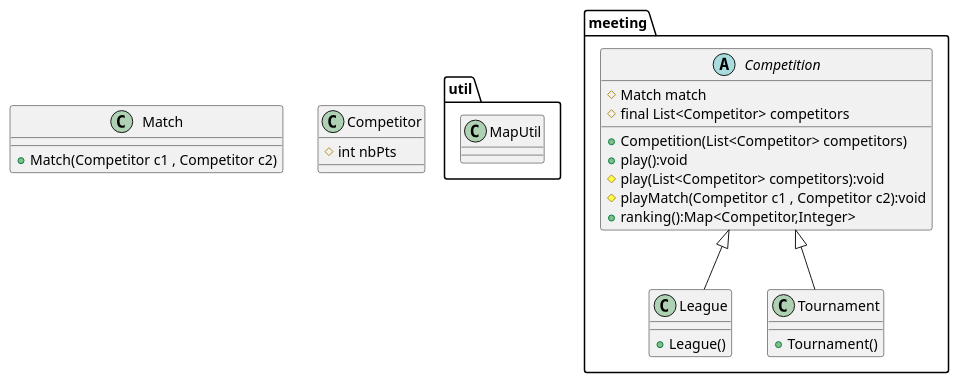
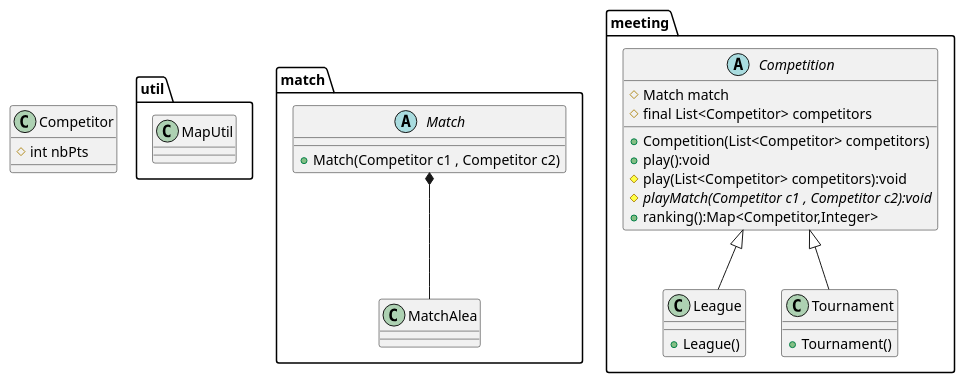
One commit to Rouxhero/GitDuBled changed the diagram in [CodeToUml]/Test.wsd. Above: the diagram before and after it, drawn with PlantUML. The commit also changed 5 other files, not shown here.

```diff
--- a/[CodeToUml]/Test.wsd
+++ b/[CodeToUml]/Test.wsd
@@ -1,44 +1,53 @@
 @startuml
 package util{
 
 class MapUtil{
 }
 }
-class Match{
+package match{
+
+abstract class Match{
 
 + Match(Competitor c1 , Competitor c2)
 }
+
+class MatchAlea{
+	
+}
+Match *-- MatchAlea
+}
+
 
 class Competitor{
 # int nbPts
 }
 
 package meeting {
 
 abstract class Competition{
 
 # Match match
 # final List<Competitor> competitors
 + Competition(List<Competitor> competitors)
 + play():void
 # play(List<Competitor> competitors):void
-# playMatch(Competitor c1 , Competitor c2):void
+# {abstract} playMatch(Competitor c1 , Competitor c2):void
 + ranking():Map<Competitor,Integer>
 
 }
 
 class League{
 
 + League()
 
 }
 class Tournament{
 
 + Tournament()
 
 }
 
 Competition <|-- Tournament
 Competition <|-- League
 }
 @enduml
```
